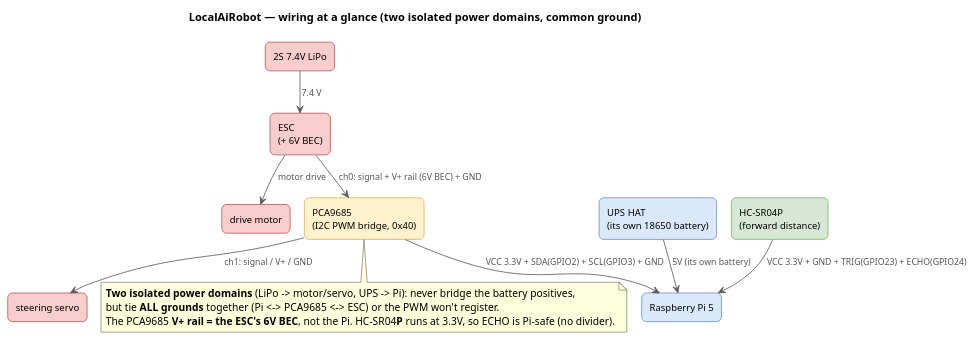
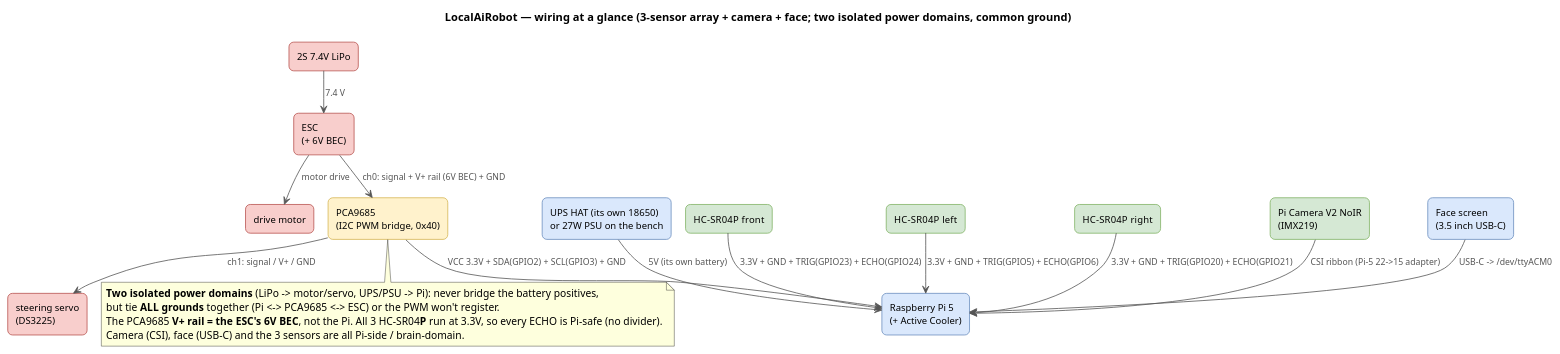
The diagram in docs/images/wiring.puml (shen747/LocalAiRobot), drawn with PlantUML before and after one commit. The commit also changed 13 other files, not shown here.

```diff
--- a/docs/images/wiring.puml
+++ b/docs/images/wiring.puml
@@ -1,64 +1,75 @@
 @startuml wiring
-' LocalAiRobot — "Wiring at a glance" connection map (current base wiring).
+' LocalAiRobot — "Wiring at a glance" connection map (full design: 3 sensors + camera + face).
 ' This source lives next to its render. Regenerate in place (writes wiring.png here):
 '   plantuml -tpng docs/images/wiring.puml
 ' No Graphviz needed: !pragma layout smetana uses PlantUML's pure-Java layout engine.
 ' Palette via stereotypes (draw.io pastels), hidden with `hide stereotype`:
 '   io #DAE8FC/#6C8EBF = compute / power-in   model #FFF2CC/#D6B656 = PWM bridge
-'   data #D5E8D4/#82B366 = sensor              motor #F8CECC/#B85450 = motor / actuator
-'   store #F5F5F5/#666666 = note/bus
+'   data #D5E8D4/#82B366 = sensor / camera     motor #F8CECC/#B85450 = motor / actuator
+'   store #F5F5F5/#666666 = note / bus
 !pragma layout smetana
 hide stereotype
-title LocalAiRobot — wiring at a glance (two isolated power domains, common ground)
+title LocalAiRobot — wiring at a glance (3-sensor array + camera + face; two isolated power domains, common ground)
 
 skinparam backgroundColor white
 skinparam shadowing false
 skinparam defaultFontName Helvetica
 skinparam ArrowColor #555555
 skinparam ArrowFontColor #555555
 skinparam ArrowFontSize 11
 skinparam rectangle {
   RoundCorner 12
   FontSize 12
   BorderThickness 1
   BackgroundColor<<io>> #DAE8FC
   BorderColor<<io>> #6C8EBF
   BackgroundColor<<model>> #FFF2CC
   BorderColor<<model>> #D6B656
   BackgroundColor<<data>> #D5E8D4
   BorderColor<<data>> #82B366
   BackgroundColor<<motor>> #F8CECC
   BorderColor<<motor>> #B85450
   BackgroundColor<<store>> #F5F5F5
   BorderColor<<store>> #666666
 }
 
 ' ---- motor / LiPo domain ----
 rectangle "2S 7.4V LiPo" as lipo <<motor>>
 rectangle "ESC\n(+ 6V BEC)" as esc <<motor>>
 rectangle "drive motor" as motor <<motor>>
-rectangle "steering servo" as servo <<motor>>
+rectangle "steering servo\n(DS3225)" as servo <<motor>>
 
 ' ---- PWM bridge ----
 rectangle "PCA9685\n(I2C PWM bridge, 0x40)" as pca <<model>>
 
 ' ---- brain / UPS domain ----
-rectangle "Raspberry Pi 5" as pi <<io>>
-rectangle "UPS HAT\n(its own 18650 battery)" as ups <<io>>
-rectangle "HC-SR04P\n(forward distance)" as son <<data>>
+rectangle "Raspberry Pi 5\n(+ Active Cooler)" as pi <<io>>
+rectangle "UPS HAT (its own 18650)\nor 27W PSU on the bench" as ups <<io>>
+
+' ---- sensors / camera / face (all Pi-side, brain domain) ----
+rectangle "HC-SR04P  front" as sonF <<data>>
+rectangle "HC-SR04P  left" as sonL <<data>>
+rectangle "HC-SR04P  right" as sonR <<data>>
+rectangle "Pi Camera V2 NoIR\n(IMX219)" as cam <<data>>
+rectangle "Face screen\n(3.5 inch USB-C)" as face <<io>>
 
 ' ---- connections (labels = what's on the wire) ----
 lipo --> esc : 7.4 V
 esc --> motor : motor drive
 esc --> pca : ch0: signal + V+ rail (6V BEC) + GND
 pca --> servo : ch1: signal / V+ / GND
 pca --> pi : VCC 3.3V + SDA(GPIO2) + SCL(GPIO3) + GND
-son --> pi : VCC 3.3V + GND + TRIG(GPIO23) + ECHO(GPIO24)
+sonF --> pi : 3.3V + GND + TRIG(GPIO23) + ECHO(GPIO24)
+sonL --> pi : 3.3V + GND + TRIG(GPIO5) + ECHO(GPIO6)
+sonR --> pi : 3.3V + GND + TRIG(GPIO20) + ECHO(GPIO21)
+cam --> pi : CSI ribbon (Pi-5 22->15 adapter)
+face --> pi : USB-C -> /dev/ttyACM0
 ups --> pi : 5V (its own battery)
 
 note bottom of pca
-  **Two isolated power domains** (LiPo -> motor/servo, UPS -> Pi): never bridge the battery positives,
+  **Two isolated power domains** (LiPo -> motor/servo, UPS/PSU -> Pi): never bridge the battery positives,
   but tie **ALL grounds** together (Pi <-> PCA9685 <-> ESC) or the PWM won't register.
-  The PCA9685 **V+ rail = the ESC's 6V BEC**, not the Pi. HC-SR04**P** runs at 3.3V, so ECHO is Pi-safe (no divider).
+  The PCA9685 **V+ rail = the ESC's 6V BEC**, not the Pi. All 3 HC-SR04**P** run at 3.3V, so every ECHO is Pi-safe (no divider).
+  Camera (CSI), face (USB-C) and the 3 sensors are all Pi-side / brain-domain.
 end note
 @enduml
```
